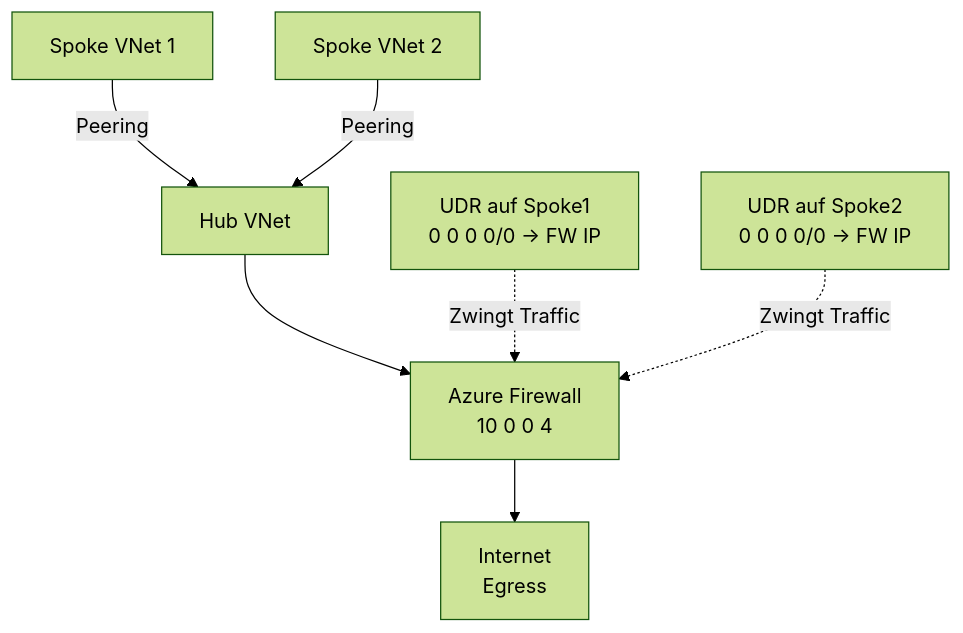
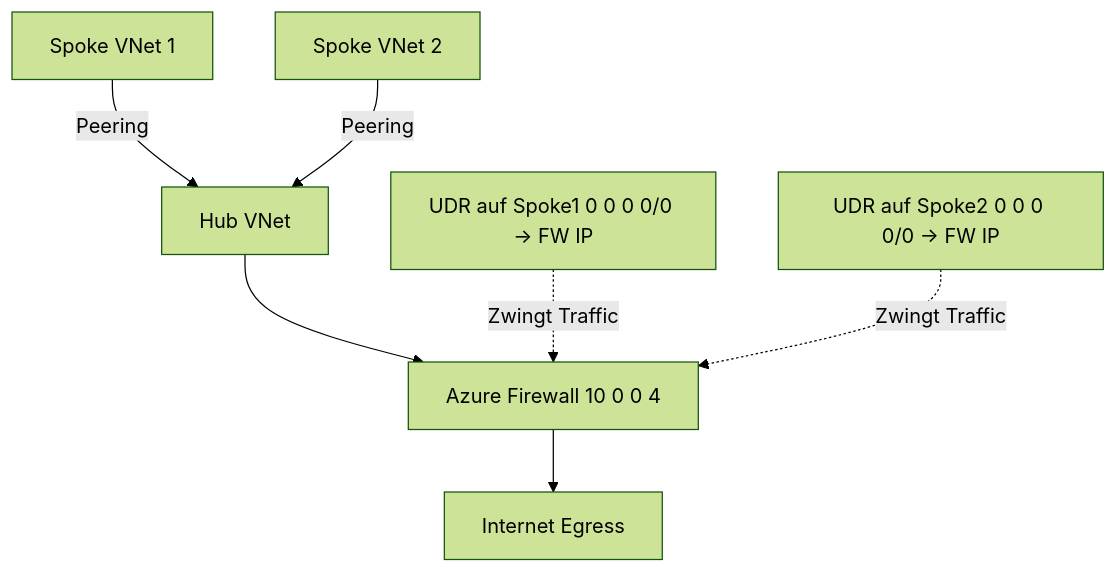
The fifth of 5 diagrams in Microsoft 365/Azure/Netzwerk/Azure Firewall.md (SoniiiT/notes-n-docs), drawn with Mermaid (forest theme) before and after one commit. The commit also changed other lines of this file and 124 other files, not shown here.

First line of the commit message:
fix: Entferne \n aus allen Mermaid-Diagrammen (125 Dateien)

````diff
--- a/Microsoft 365/Azure/Netzwerk/Azure Firewall.md
+++ b/Microsoft 365/Azure/Netzwerk/Azure Firewall.md
@@ -225,10 +225,10 @@
 ```mermaid
 graph TD
     SPOKE1[Spoke VNet 1] -->|Peering| HUB[Hub VNet]
     SPOKE2[Spoke VNet 2] -->|Peering| HUB
-    HUB --> FW[Azure Firewall\n10 0 0 4]
-    FW --> INT[Internet\nEgress]
+    HUB --> FW[Azure Firewall 10 0 0 4]
+    FW --> INT[Internet Egress]
     
-    UDR1[UDR auf Spoke1\n0 0 0 0/0 → FW IP] -.->|Zwingt Traffic| FW
-    UDR2[UDR auf Spoke2\n0 0 0 0/0 → FW IP] -.->|Zwingt Traffic| FW
+    UDR1[UDR auf Spoke1 0 0 0 0/0 → FW IP] -.->|Zwingt Traffic| FW
+    UDR2[UDR auf Spoke2 0 0 0 0/0 → FW IP] -.->|Zwingt Traffic| FW
 ```
````
